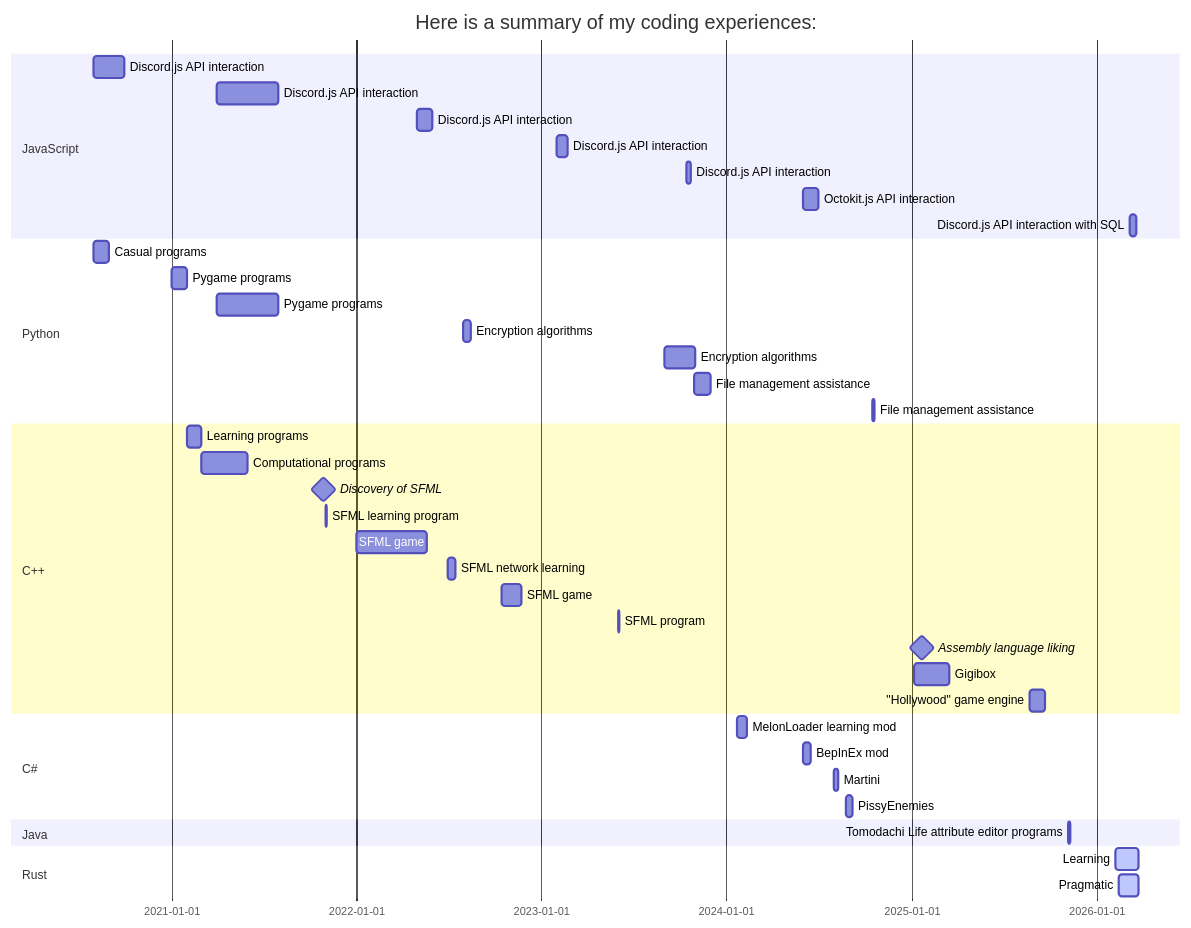
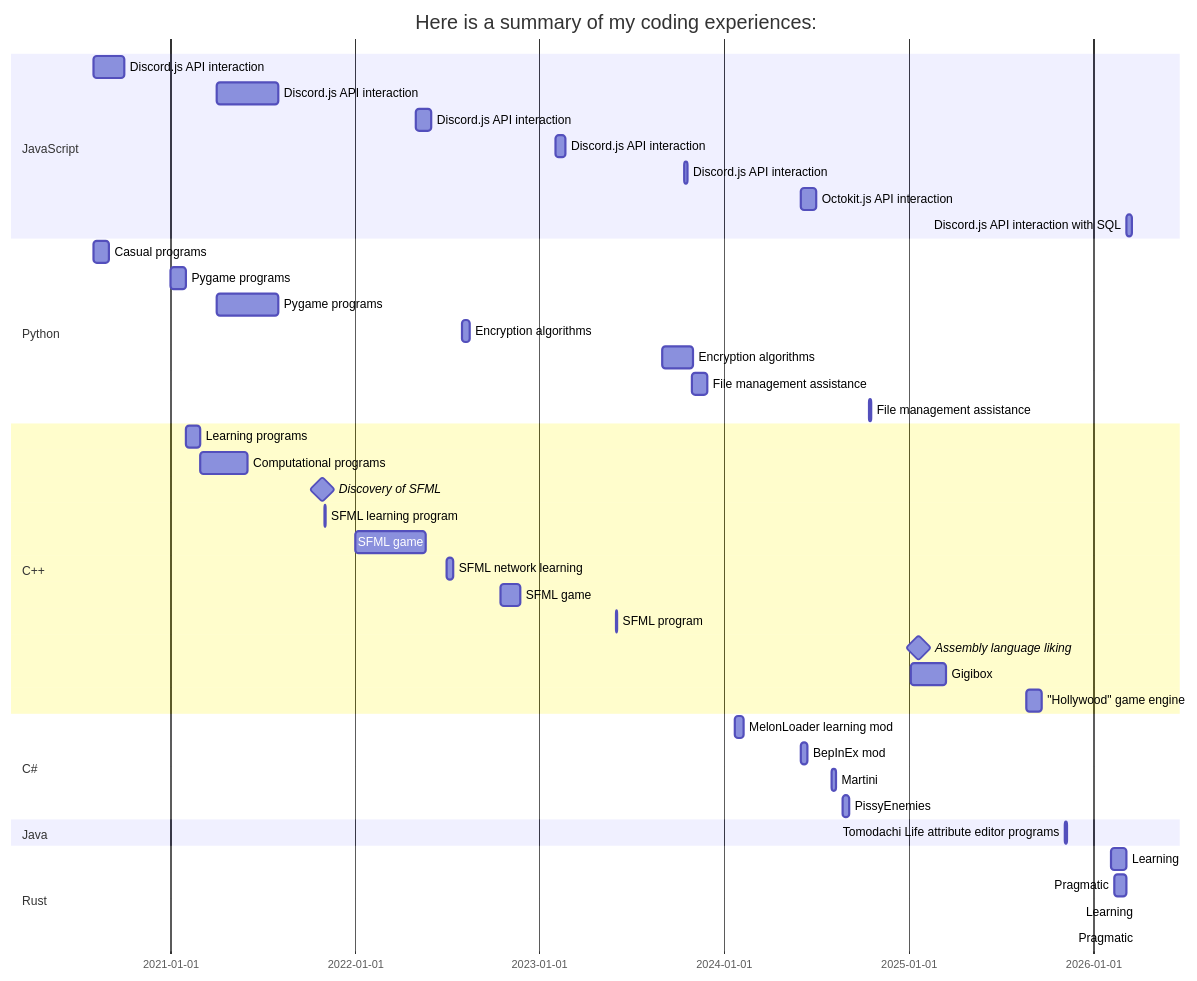
Before and after one commit to Simonciott/Simonciott: the diagram in README.md, drawn with Mermaid.

````diff
--- a/README.md
+++ b/README.md
@@ -3,43 +3,45 @@
 ```mermaid
 gantt
     title Here is a summary of my coding experiences:
     dateFormat YYYY-MM-DD
     section JavaScript
         Discord.js API interaction: jsd1, 2020-08, 2M
         Discord.js API interaction: jsd2, 2021-04, 4M
         Discord.js API interaction: jsd3, 2022-05, 1M
         Discord.js API interaction: jsd4, 2023-02, 3w
         Discord.js API interaction: jsd5, 2023-10-15, 1w
         Octokit.js API interaction: ok1, 2024-06-01, 1M
         Discord.js API interaction with SQL: jsd6, 2026-03-07, 2026-03-19
     section Python
         Casual programs: 2020-08, 1M
         Pygame programs: pg1, 2021-01, until clp
         Pygame programs: pg2, 2021-04, 4M
         Encryption algorithms: pea1, 2022-08, 2w
         Encryption algorithms: pea2, 2023-09, 2M
         File management assistance: fma1, 2023-10-30, 1M
         File management assistance: fma2, 2024-10-15, 4d
     section C++
         Learning programs: clp, 2021-02, 1M
         Computational programs: cp, after clp, 3M
         Discovery of SFML: milestone, sfml, 2021-10-29, 0d
         SFML learning program: 2021-11-01, 3d
         SFML game: sfmlg1, 2022-01, 20w
         SFML network learning: 2022-07, 2w
         SFML game: sfmlg2, 2022-10-15, 40d
         SFML program: 2023-06, 2d
         Assembly language liking: milestone, 2025-01-20, 0d
         Gigibox: 2025-01-06, 2025-03-15
         "Hollywood" game engine: 2025-08-21, 2025-09-21
     section C#
         MelonLoader learning mod: 2024-01-23, 2024-02-10
         BepInEx mod: 2024-06, 2w
         Martini: 2024-08-01, 2024-08-09
         PissyEnemies: 2024-08-24, 2024-09-06
     section Java
         Tomodachi Life attribute editor programs: 2025-11-05, 5d
     section Rust
-        Learning: active, 2026-02-06, 2026-03-24
-        Pragmatic: active, 2026-02-13, 2026-03-24
+        Learning: rsl, 2026-02-06, 2026-03-09
+        Pragmatic: rsp, 2026-02-13, 2026-03-09
+        Learning: active, rsl2, 2026-04-01, 2026-04-01
+        Pragmatic: active, rsp2, 2026-04-01, 2026-04-01
 ```
````
